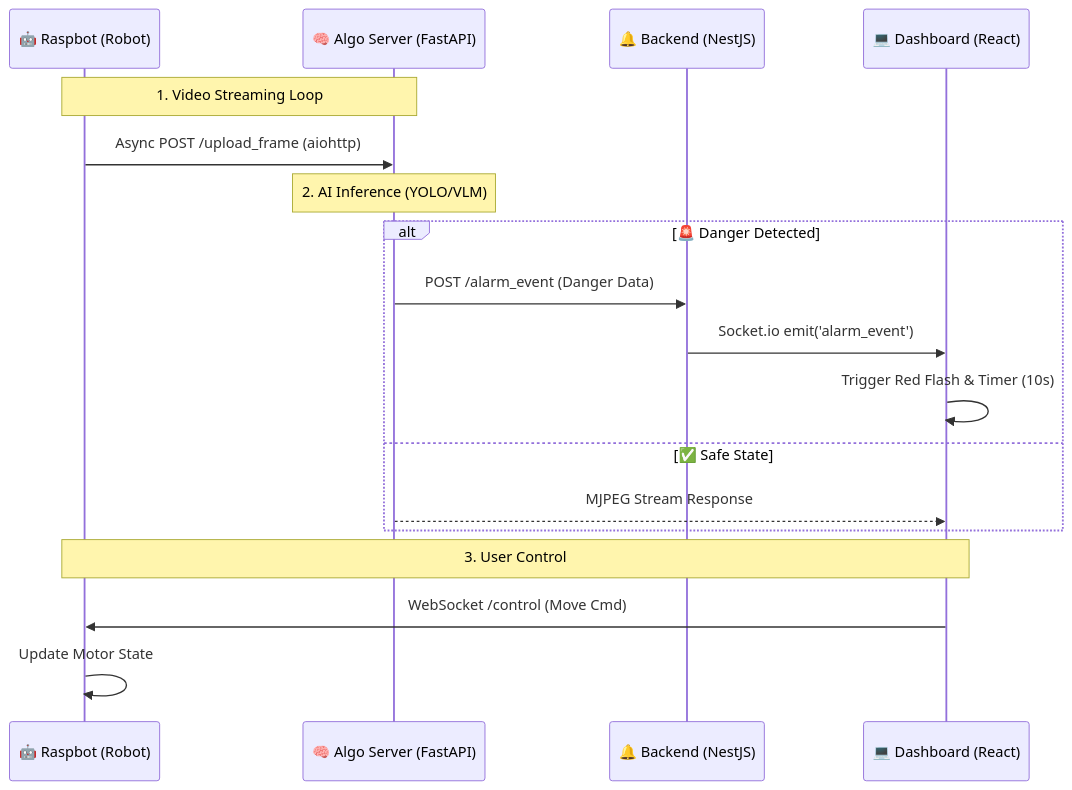
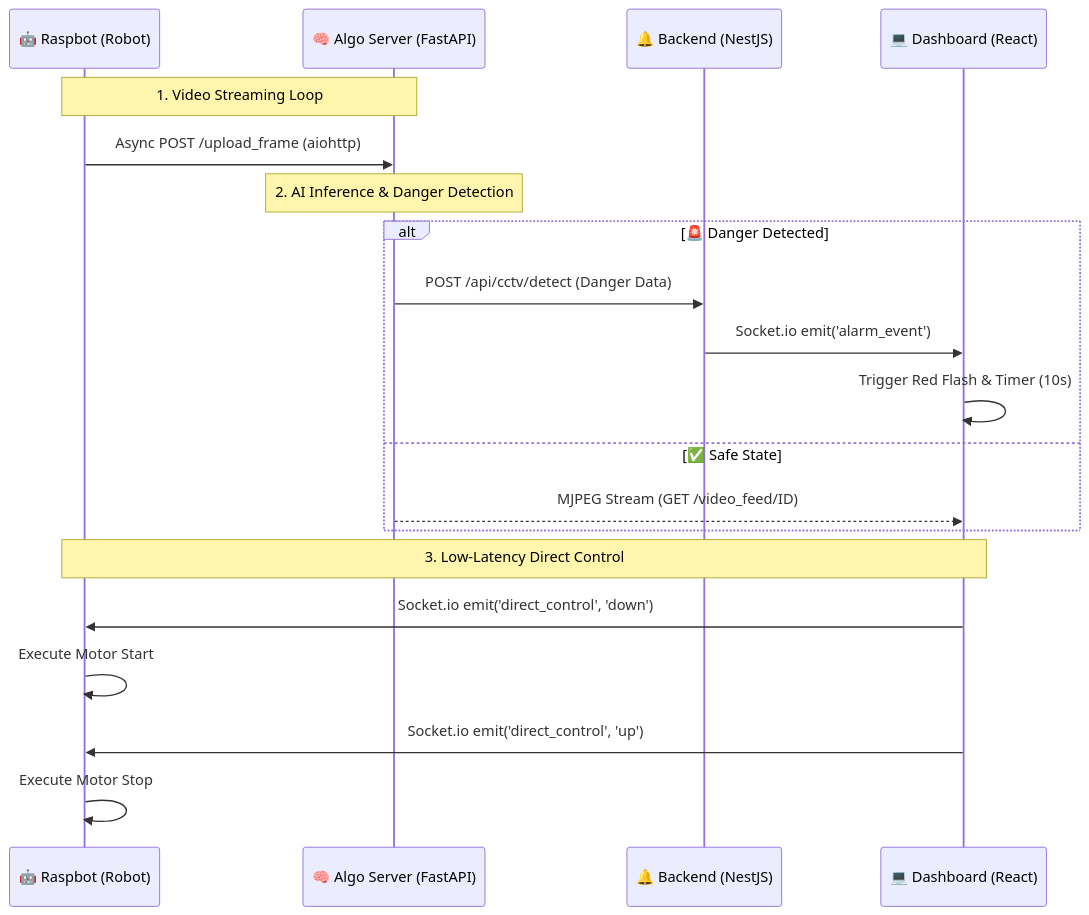
Before and after one commit to thisNorm/lab-guardian: the second of 2 diagrams in README.md, drawn with Mermaid. The commit also changed other lines of this file, not shown here.

````diff
--- a/README.md
+++ b/README.md
@@ -54,24 +54,26 @@
 ```mermaid
 sequenceDiagram
     participant R as 🤖 Raspbot (Robot)
     participant S as 🧠 Algo Server (FastAPI)
     participant B as 🔔 Backend (NestJS)
     participant W as 💻 Dashboard (React)
 
     Note over R, S: 1. Video Streaming Loop
     R->>S: Async POST /upload_frame (aiohttp)
     
-    Note over S: 2. AI Inference (YOLO/VLM)
+    Note over S: 2. AI Inference & Danger Detection
     
     alt 🚨 Danger Detected
-        S->>B: POST /alarm_event (Danger Data)
+        S->>B: POST /api/cctv/detect (Danger Data)
         B->>W: Socket.io emit('alarm_event')
         W->>W: Trigger Red Flash & Timer (10s)
     else ✅ Safe State
-        S-->>W: MJPEG Stream Response
+        S-->>W: MJPEG Stream (GET /video_feed/ID)
     end
     
-    Note over W, R: 3. User Control
-    W->>R: WebSocket /control (Move Cmd)
-    R->>R: Update Motor State
+    Note over W, R: 3. Low-Latency Direct Control
+    W->>R: Socket.io emit('direct_control', 'down')
+    R->>R: Execute Motor Start
+    W->>R: Socket.io emit('direct_control', 'up')
+    R->>R: Execute Motor Stop
 ```
````
